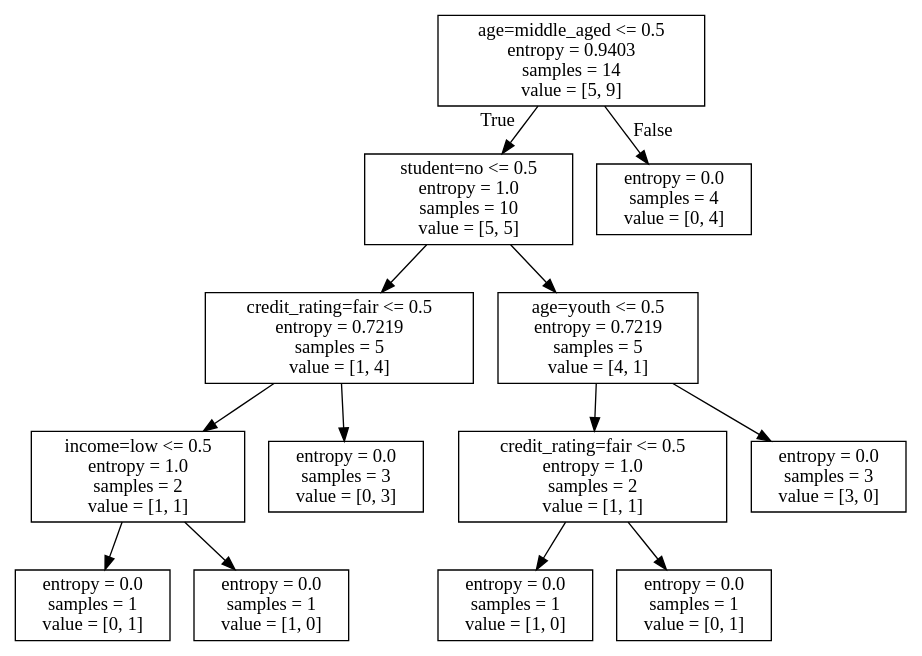
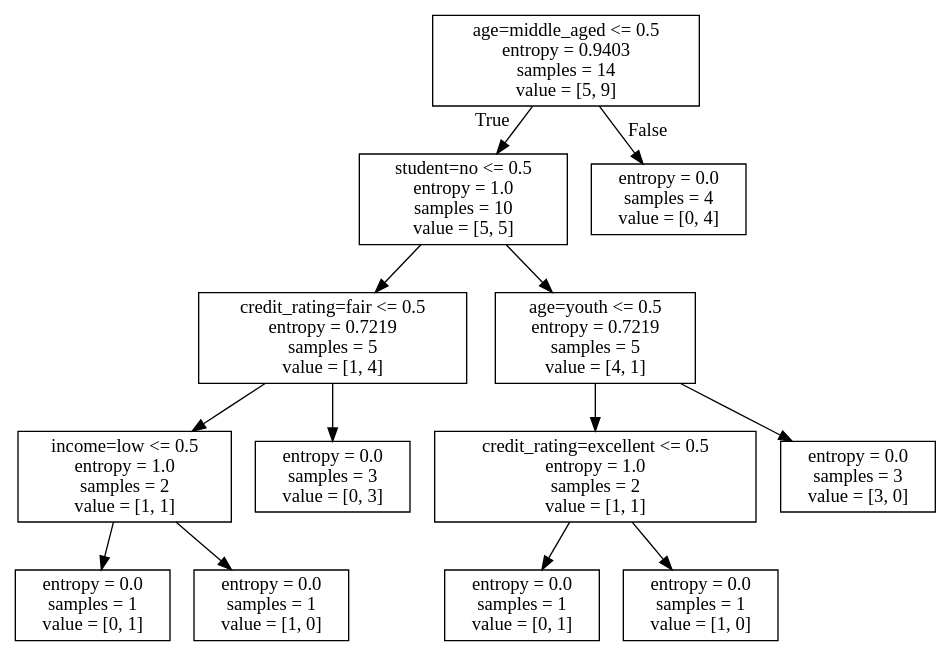
One commit to zhangzhongshuai/DeepLearningBasicsMachineLearning changed the diagram in src/DecisionTree/test.dot. Above: the diagram before and after it, drawn with Graphviz. The commit also changed 4 other files, not shown here.

```diff
--- a/src/DecisionTree/test.dot
+++ b/src/DecisionTree/test.dot
@@ -1,28 +1,28 @@
 digraph Tree {
 node [shape=box] ;
 0 [label="age=middle_aged <= 0.5\nentropy = 0.9403\nsamples = 14\nvalue = [5, 9]"] ;
 1 [label="student=no <= 0.5\nentropy = 1.0\nsamples = 10\nvalue = [5, 5]"] ;
 0 -> 1 [labeldistance=2.5, labelangle=45, headlabel="True"] ;
 2 [label="credit_rating=fair <= 0.5\nentropy = 0.7219\nsamples = 5\nvalue = [1, 4]"] ;
 1 -> 2 ;
 3 [label="income=low <= 0.5\nentropy = 1.0\nsamples = 2\nvalue = [1, 1]"] ;
 2 -> 3 ;
 4 [label="entropy = 0.0\nsamples = 1\nvalue = [0, 1]"] ;
 3 -> 4 ;
 5 [label="entropy = 0.0\nsamples = 1\nvalue = [1, 0]"] ;
 3 -> 5 ;
 6 [label="entropy = 0.0\nsamples = 3\nvalue = [0, 3]"] ;
 2 -> 6 ;
 7 [label="age=youth <= 0.5\nentropy = 0.7219\nsamples = 5\nvalue = [4, 1]"] ;
 1 -> 7 ;
-8 [label="credit_rating=fair <= 0.5\nentropy = 1.0\nsamples = 2\nvalue = [1, 1]"] ;
+8 [label="credit_rating=excellent <= 0.5\nentropy = 1.0\nsamples = 2\nvalue = [1, 1]"] ;
 7 -> 8 ;
-9 [label="entropy = 0.0\nsamples = 1\nvalue = [1, 0]"] ;
+9 [label="entropy = 0.0\nsamples = 1\nvalue = [0, 1]"] ;
 8 -> 9 ;
-10 [label="entropy = 0.0\nsamples = 1\nvalue = [0, 1]"] ;
+10 [label="entropy = 0.0\nsamples = 1\nvalue = [1, 0]"] ;
 8 -> 10 ;
 11 [label="entropy = 0.0\nsamples = 3\nvalue = [3, 0]"] ;
 7 -> 11 ;
 12 [label="entropy = 0.0\nsamples = 4\nvalue = [0, 4]"] ;
 0 -> 12 [labeldistance=2.5, labelangle=-45, headlabel="False"] ;
 }
```
